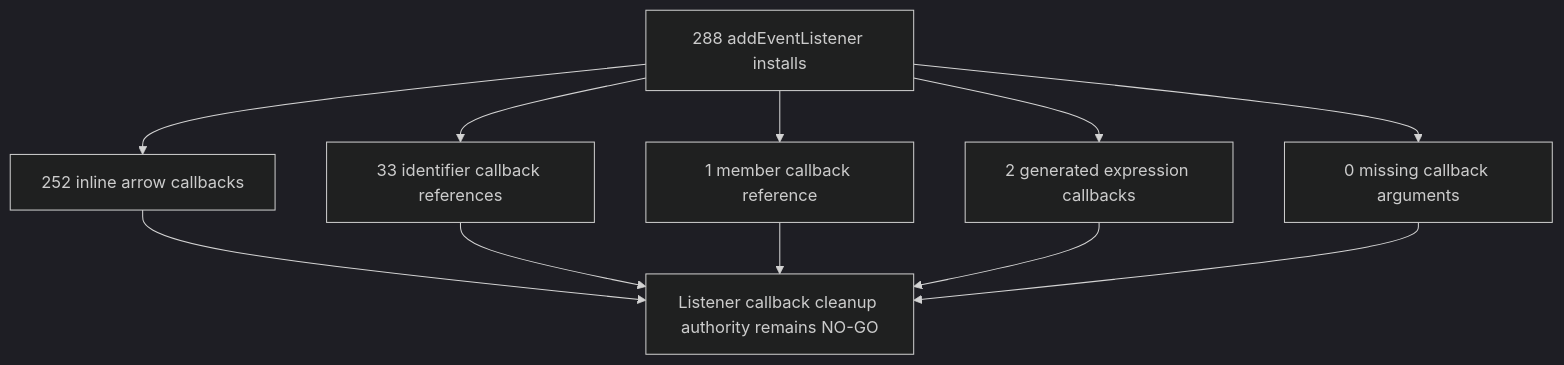
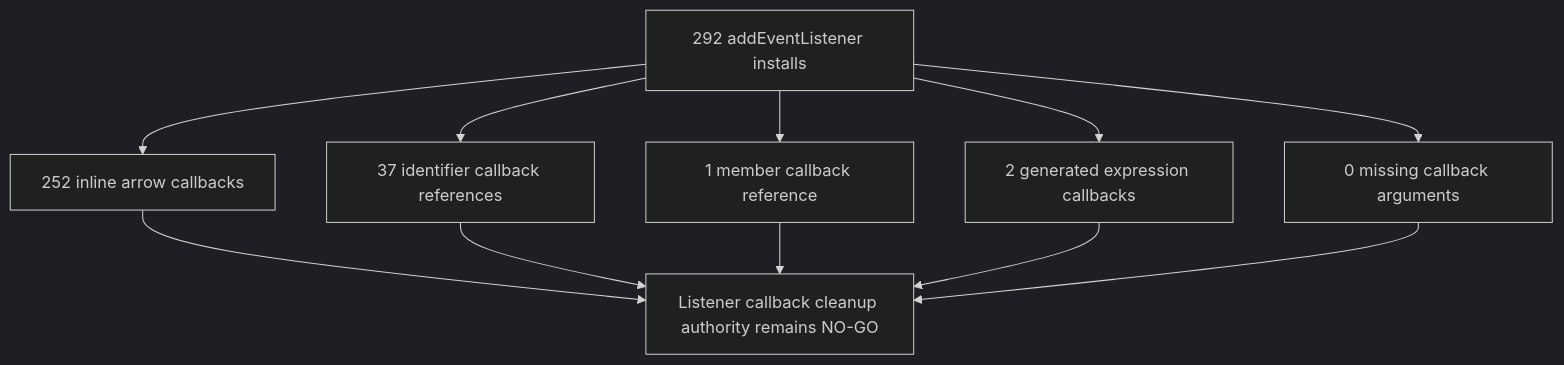
The sixth of 47 diagrams in docs/audit/FILTERTUBE_LIFECYCLE_INSTANCE_REGISTER_2026-05-18.md (varshneydevansh/FilterTube), drawn with Mermaid (dark theme) before and after one commit. The commit also changed other lines of this file and 8 other files, not shown here.

````diff
--- a/docs/audit/FILTERTUBE_LIFECYCLE_INSTANCE_REGISTER_2026-05-18.md
+++ b/docs/audit/FILTERTUBE_LIFECYCLE_INSTANCE_REGISTER_2026-05-18.md
@@ -534,13 +534,13 @@
 ```mermaid
 flowchart TD
-  A["288 addEventListener installs"] --> B["252 inline arrow callbacks"]
-  A --> C["33 identifier callback references"]
+  A["292 addEventListener installs"] --> B["252 inline arrow callbacks"]
+  A --> C["37 identifier callback references"]
   A --> D["1 member callback reference"]
   A --> E["2 generated expression callbacks"]
   A --> F["0 missing callback arguments"]
   B --> G["Listener callback cleanup authority remains NO-GO"]
   C --> G
   D --> G
   E --> G
   F --> G
 ```
````
